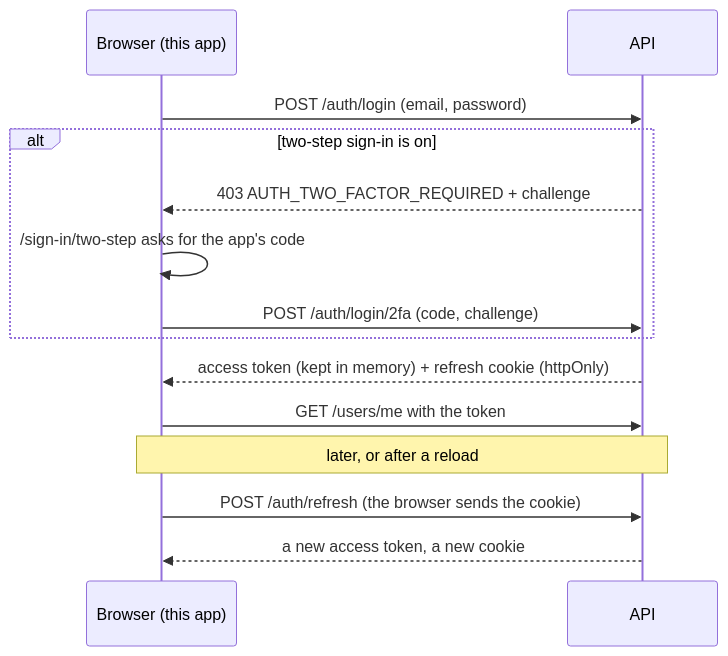
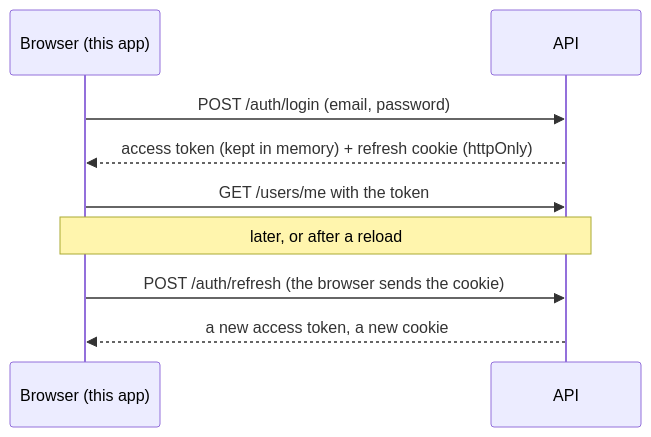
One commit to StoriuSs/NezFocus-Frontend changed the second of 4 diagrams in OVERVIEW.md. Above: the diagram before and after it, drawn with Mermaid. The commit also changed other lines of this file and 81 other files, not shown here.

First line of the commit message:
refactor(auth): remove two-step sign-in, Turnstile and the form demo

````diff
--- a/OVERVIEW.md
+++ b/OVERVIEW.md
@@ -128,16 +128,11 @@
 ```mermaid
 sequenceDiagram
     participant B as Browser (this app)
     participant A as API
     B->>A: POST /auth/login (email, password)
-    alt two-step sign-in is on
-        A-->>B: 403 AUTH_TWO_FACTOR_REQUIRED + challenge
-        B->>B: /sign-in/two-step asks for the app's code
-        B->>A: POST /auth/login/2fa (code, challenge)
-    end
     A-->>B: access token (kept in memory) + refresh cookie (httpOnly)
     B->>A: GET /users/me with the token
     Note over B,A: later, or after a reload
     B->>A: POST /auth/refresh (the browser sends the cookie)
     A-->>B: a new access token, a new cookie
 ```
````
